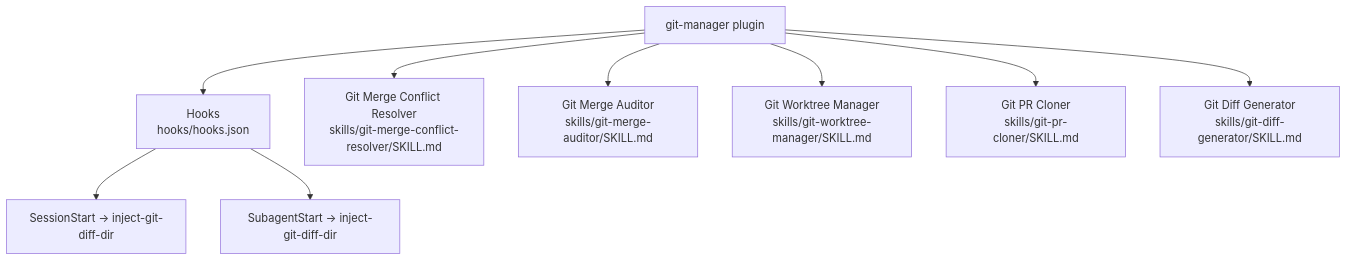
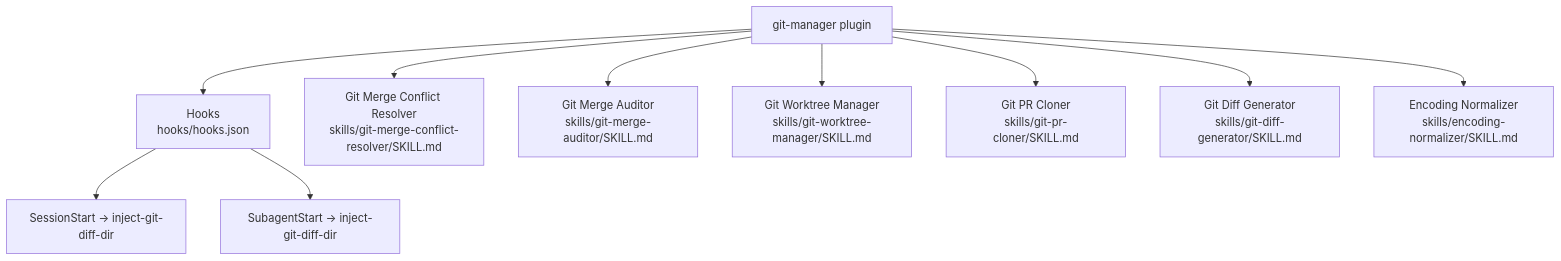
The diagram in plugins/git-manager/README.md (dimpletz/prompts-collection), drawn with Mermaid before and after one commit. The commit also changed other lines of this file and 5 other files, not shown here.

````diff
--- a/plugins/git-manager/README.md
+++ b/plugins/git-manager/README.md
@@ -41,12 +42,13 @@
 ```mermaid
 graph TD
     A[git-manager plugin]
     A --> H[Hooks<br/>hooks/hooks.json]
     H --> S1[SessionStart → inject-git-diff-dir]
     H --> S2[SubagentStart → inject-git-diff-dir]
     A --> B[Git Merge Conflict Resolver<br/>skills/git-merge-conflict-resolver/SKILL.md]
     A --> C[Git Merge Auditor<br/>skills/git-merge-auditor/SKILL.md]
     A --> D[Git Worktree Manager<br/>skills/git-worktree-manager/SKILL.md]
     A --> E[Git PR Cloner<br/>skills/git-pr-cloner/SKILL.md]
     A --> F[Git Diff Generator<br/>skills/git-diff-generator/SKILL.md]
+    A --> G[Encoding Normalizer<br/>skills/encoding-normalizer/SKILL.md]
 ```
````
